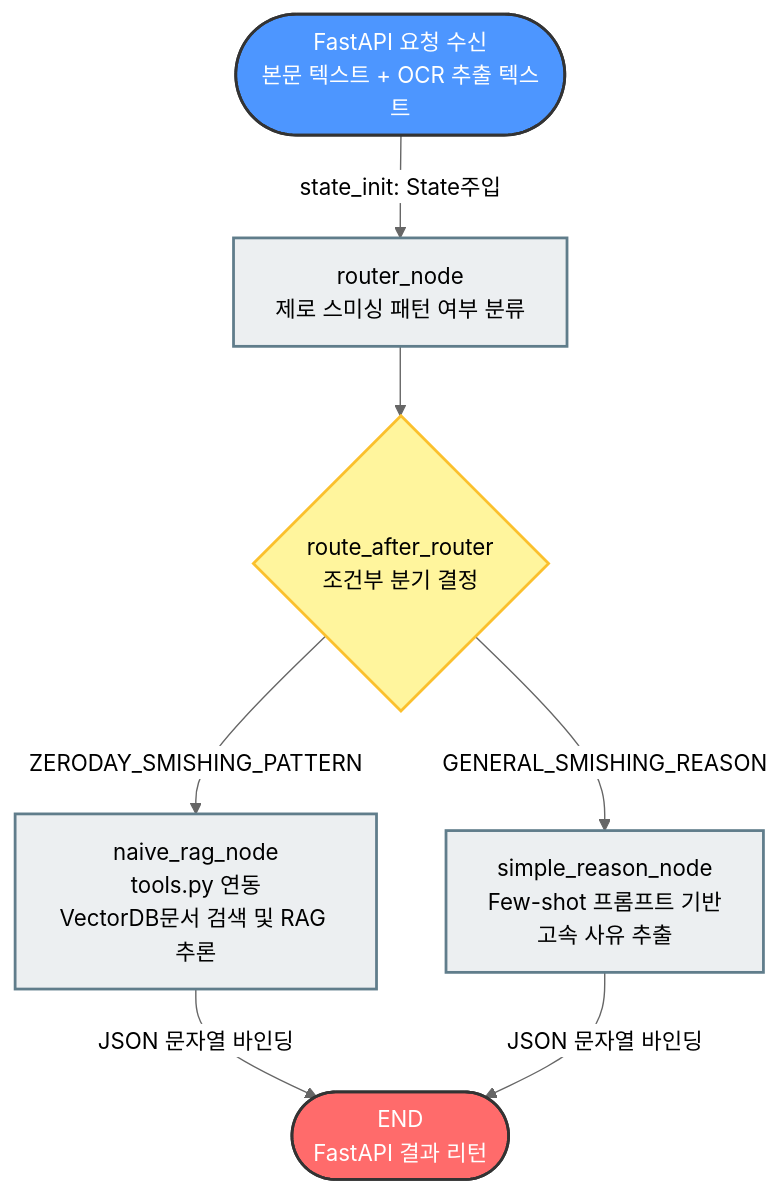
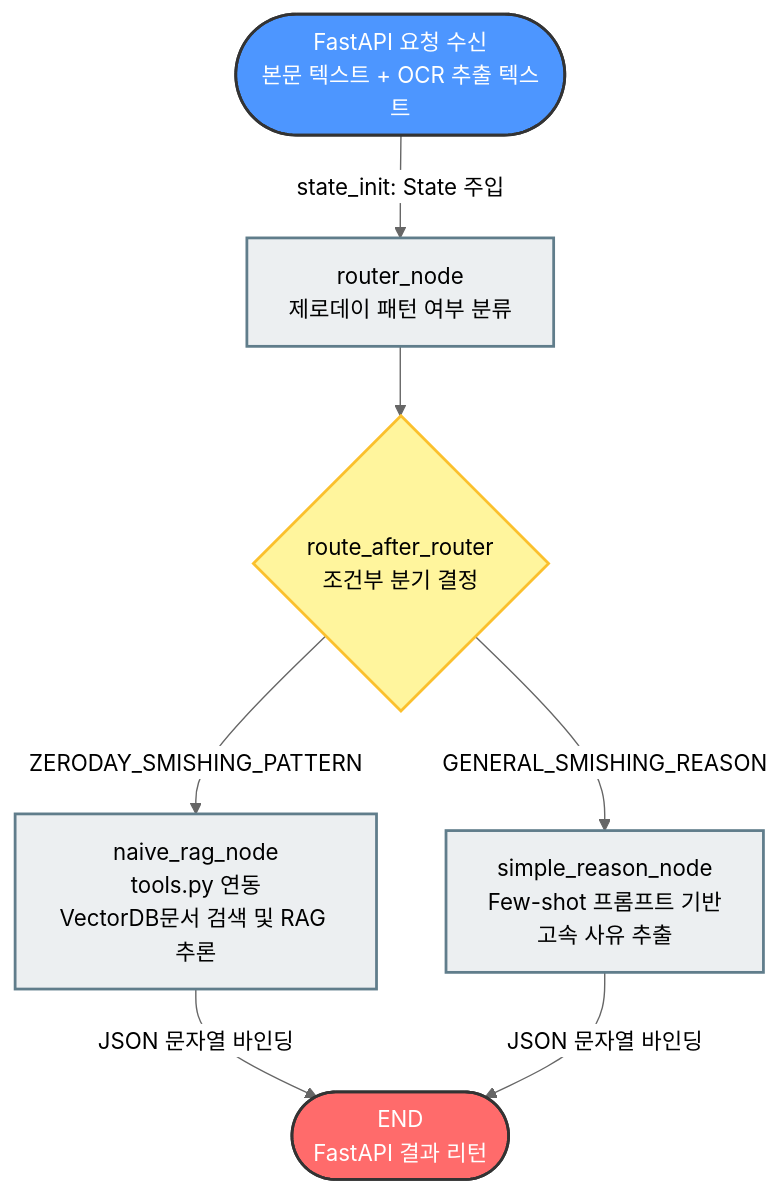
One commit to Skullking2520/kdt-ai-2-team3-advanced changed the diagram in ai_service/src/ai_service/core/README.md. Above: the diagram before and after it, drawn with Mermaid (neutral theme). The commit also changed other lines of this file and 20 other files, not shown here.

````diff
--- a/ai_service/src/ai_service/core/README.md
+++ b/ai_service/src/ai_service/core/README.md
@@ -5,22 +5,22 @@
 ```mermaid
 graph TD
     %% 스타일 정의
     classDef entry fill:#4D96FF,stroke:#333,stroke-width:2px,color:#fff;
     classDef node fill:#ECEFF1,stroke:#607D8B,stroke-width:2px,color:#000;
     classDef edgeNode fill:#FFF59D,stroke:#FBC02D,stroke-width:2px,color:#000;
     classDef endNode fill:#FF6B6B,stroke:#333,stroke-width:2px,color:#fff;
 
     %% 인풋 데이터 정의 및 진입
-    START([FastAPI 요청 수신<br>본문 텍스트 + OCR 추출 텍스트]):::entry -->|state_init: State주입| RouterNode[router_node<br>제로 스미싱 패턴 여부 분류]:::node
+    START([FastAPI 요청 수신<br>본문 텍스트 + OCR 추출 텍스트]):::entry -->|state_init: State 주입| RouterNode[router_node<br>제로데이 패턴 여부 분류]:::node
 
     %% 조건부 분기 (Router)
     RouterNode --> CondEdge{route_after_router<br>조건부 분기 결정}:::edgeNode
 
     %% 갈림길 1: 제로데이인 경우 (RAG)
     CondEdge -->|ZERODAY_SMISHING_PATTERN| RagNode[naive_rag_node<br>tools.py 연동<br>VectorDB문서 검색 및 RAG 추론]:::node
     RagNode -->|JSON 문자열 바인딩| END_NODE([END<br>FastAPI 결과 리턴]):::endNode
 
     %% 갈림길 2: 일반 명백한 스미싱인 경우 (Few-shot)
     CondEdge -->|GENERAL_SMISHING_REASON| SimpleNode[simple_reason_node<br>Few-shot 프롬프트 기반<br>고속 사유 추출]:::node
     SimpleNode -->|JSON 문자열 바인딩| END_NODE:::endNode
 ```
````
